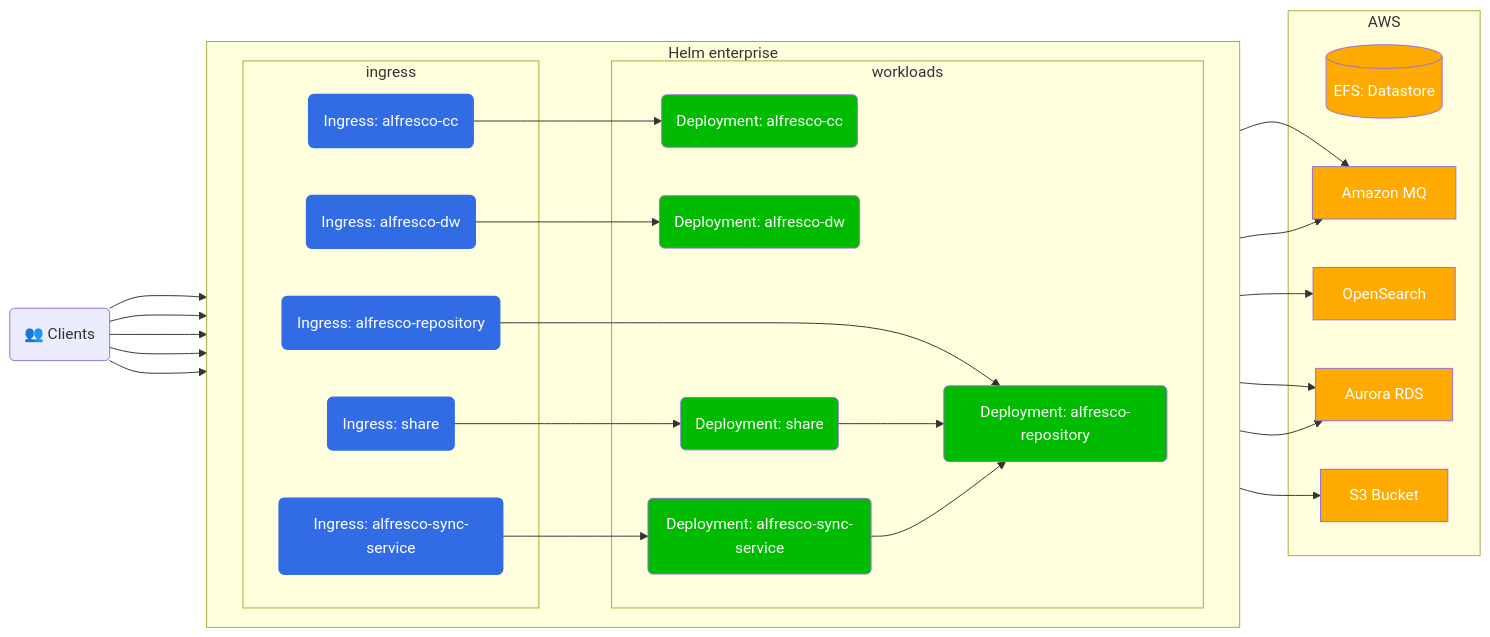
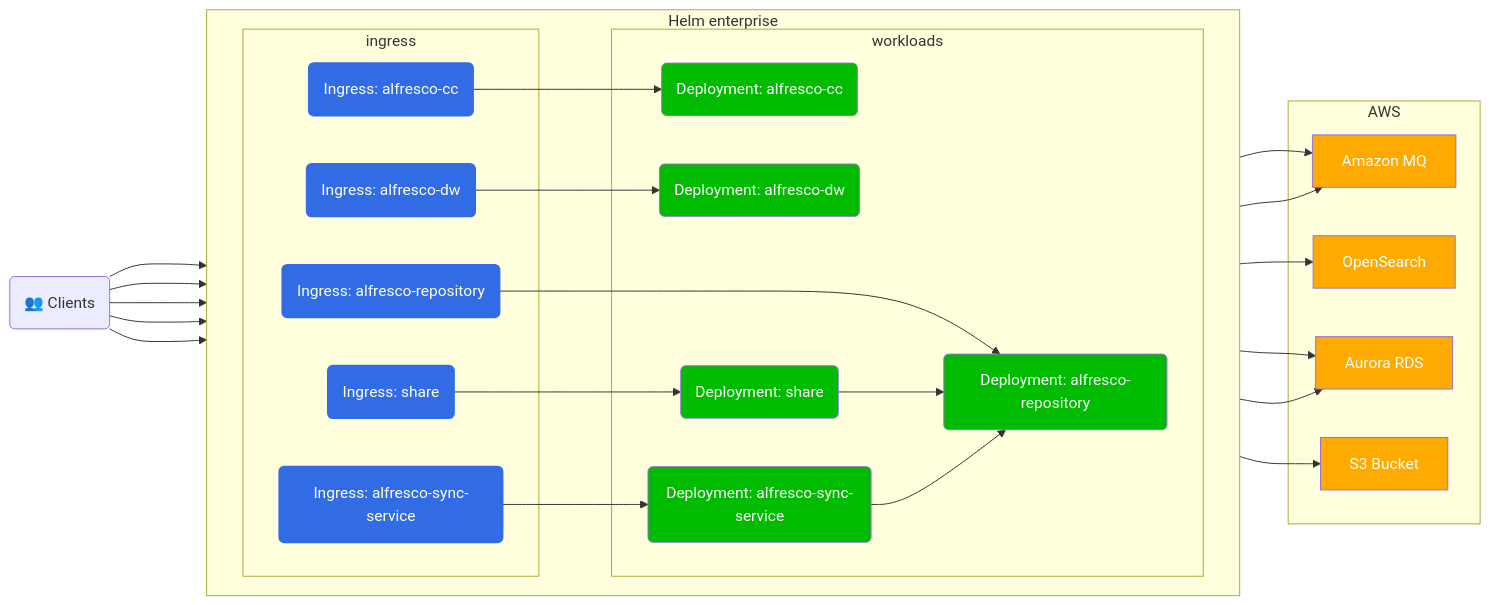
One commit to Alfresco/acs-deployment changed the first of 3 diagrams in docs/helm/examples/with-aws-services.md. Above: the diagram before and after it, drawn with Mermaid. The commit also changed 6 other files, not shown here.

First line of the commit message:
add missing diagrams

````diff
--- a/docs/helm/examples/with-aws-services.md
+++ b/docs/helm/examples/with-aws-services.md
@@ -30,56 +30,55 @@
 ```mermaid
 graph LR
 
 classDef alf fill:#0b0,color:#fff
 classDef aws fill:#fa0,color:#fff
 classDef k8s fill:#326ce5,stroke:#326ce5,stroke-width:2px,color:#fff
 classDef thrdP fill:#e098a6,color:#000
 
 Client("👥 Clients")
 
 subgraph Helm enterprise
   direction LR
 
   subgraph workloads
     Deployment_alfresco-cc(Deployment: alfresco-cc):::alf
     Deployment_alfresco-dw(Deployment: alfresco-dw):::alf
     Deployment_alfresco-repository(Deployment: alfresco-repository):::alf
     Deployment_alfresco-sync-service(Deployment: alfresco-sync-service):::alf
     Deployment_share(Deployment: share):::alf
   end
 
   subgraph ingress
     Ingress_alfresco-cc(Ingress: alfresco-cc):::k8s
     Ingress_alfresco-dw(Ingress: alfresco-dw):::k8s
     Ingress_alfresco-repository(Ingress: alfresco-repository):::k8s
     Ingress_alfresco-sync-service(Ingress: alfresco-sync-service):::k8s
     Ingress_share(Ingress: share):::k8s
   end
 end
 
 subgraph AWS
-  EFS[(EFS: Datastore)]:::aws
   mq[Amazon MQ]:::aws
   opensearch[OpenSearch]:::aws
   rds[Aurora RDS]:::aws
   s3[S3 Bucket]:::aws
 end
 
 Client ---> Ingress_alfresco-cc --> Deployment_alfresco-cc
 Client ---> Ingress_alfresco-dw --> Deployment_alfresco-dw
 Client --> Ingress_alfresco-repository --> Deployment_alfresco-repository
 Client --> Ingress_share --> Deployment_share
 Client --> Ingress_alfresco-sync-service --> Deployment_alfresco-sync-service
 
 Deployment_share --> Deployment_alfresco-repository
 
 Deployment_alfresco-repository --> rds
 Deployment_alfresco-repository --> mq
 Deployment_alfresco-repository --> opensearch
 
 Deployment_alfresco-sync-service --> rds
 Deployment_alfresco-sync-service --> mq
 Deployment_alfresco-sync-service --> Deployment_alfresco-repository
 
 Deployment_alfresco-repository --> s3
 ```
````
